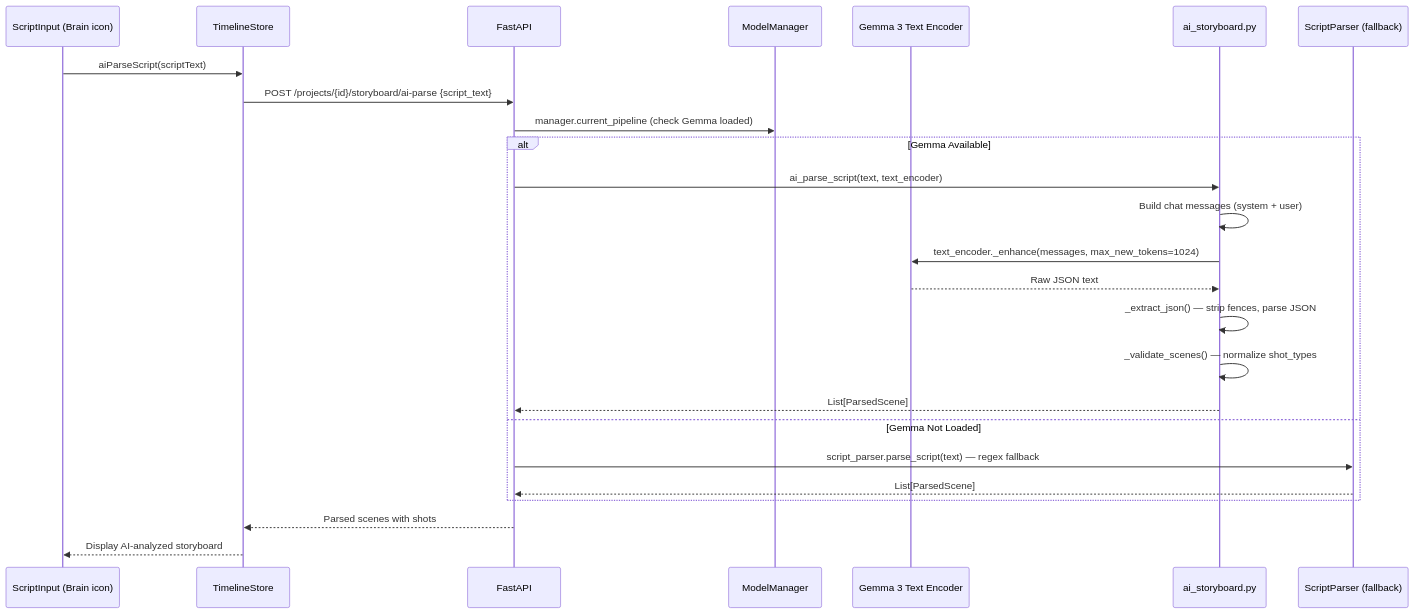
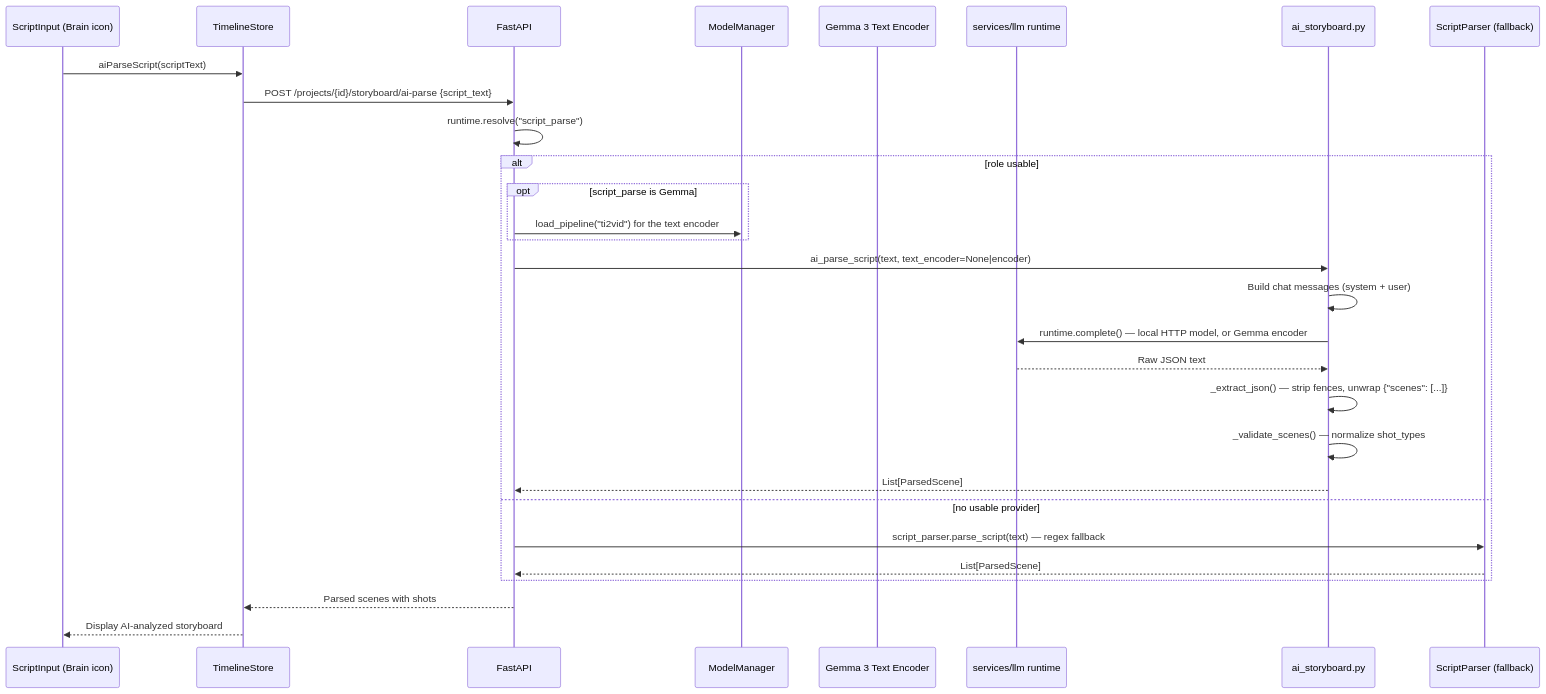
The seventh of 11 diagrams in docs/05_execution_flow.md (mainza-ai/milimovideo), drawn with Mermaid before and after one commit. The commit also changed other lines of this file and 16 other files, not shown here.

````diff
--- a/docs/05_execution_flow.md
+++ b/docs/05_execution_flow.md
@@ -343,31 +347,35 @@
 ```mermaid
 sequenceDiagram
     participant UI as ScriptInput (Brain icon)
     participant Store as TimelineStore
     participant API as FastAPI
     participant ME as ModelManager
     participant Gemma as Gemma 3 Text Encoder
+    participant LLM as services/llm runtime
     participant AIS as ai_storyboard.py
     participant Parser as ScriptParser (fallback)
 
     UI->>Store: aiParseScript(scriptText)
     Store->>API: POST /projects/{id}/storyboard/ai-parse {script_text}
 
-    API->>ME: manager.current_pipeline (check Gemma loaded)
-    
-    alt Gemma Available
-        API->>AIS: ai_parse_script(text, text_encoder)
+    API->>API: runtime.resolve("script_parse")
+
+    alt role usable
+        opt script_parse is Gemma
+            API->>ME: load_pipeline("ti2vid") for the text encoder
+        end
+        API->>AIS: ai_parse_script(text, text_encoder=None|encoder)
         AIS->>AIS: Build chat messages (system + user)
-        AIS->>Gemma: text_encoder._enhance(messages, max_new_tokens=1024)
-        Gemma-->>AIS: Raw JSON text
-        AIS->>AIS: _extract_json() — strip fences, parse JSON
+        AIS->>LLM: runtime.complete() — local HTTP model, or Gemma encoder
+        LLM-->>AIS: Raw JSON text
+        AIS->>AIS: _extract_json() — strip fences, unwrap {"scenes": [...]}
         AIS->>AIS: _validate_scenes() — normalize shot_types
         AIS-->>API: List[ParsedScene]
-    else Gemma Not Loaded
+    else no usable provider
         API->>Parser: script_parser.parse_script(text) — regex fallback
         Parser-->>API: List[ParsedScene]
     end
     
     API-->>Store: Parsed scenes with shots
     Store-->>UI: Display AI-analyzed storyboard
 ```
````
